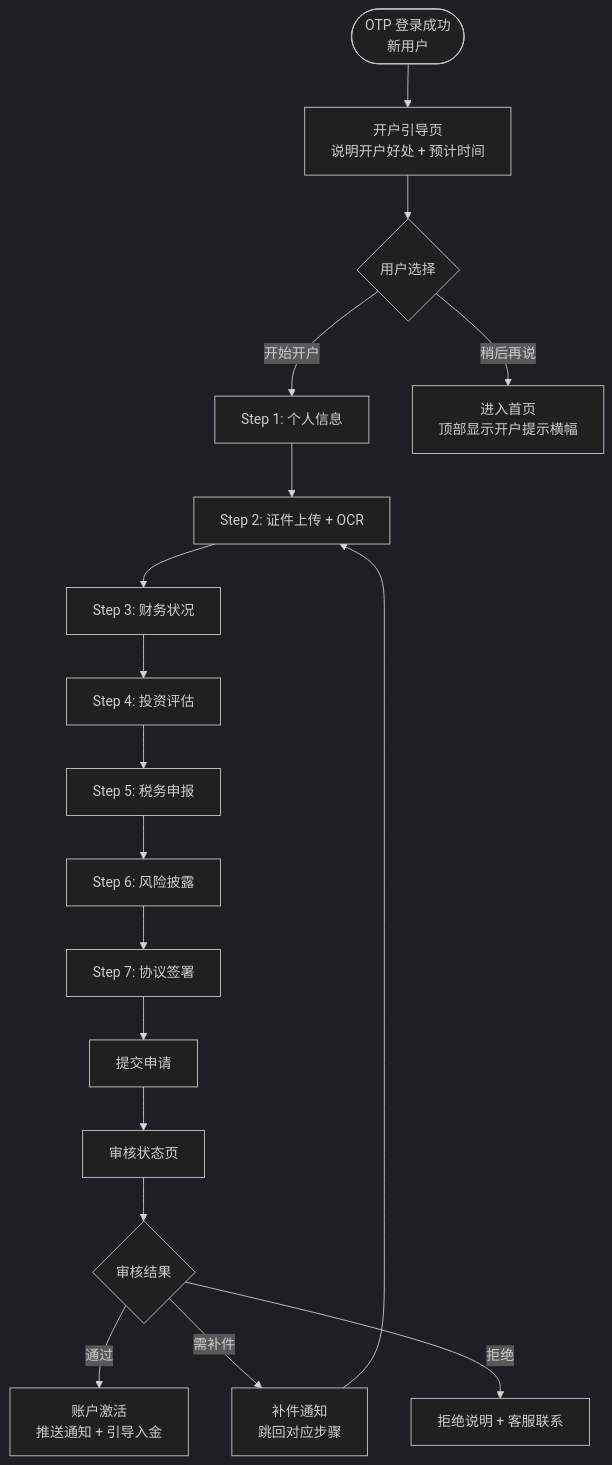
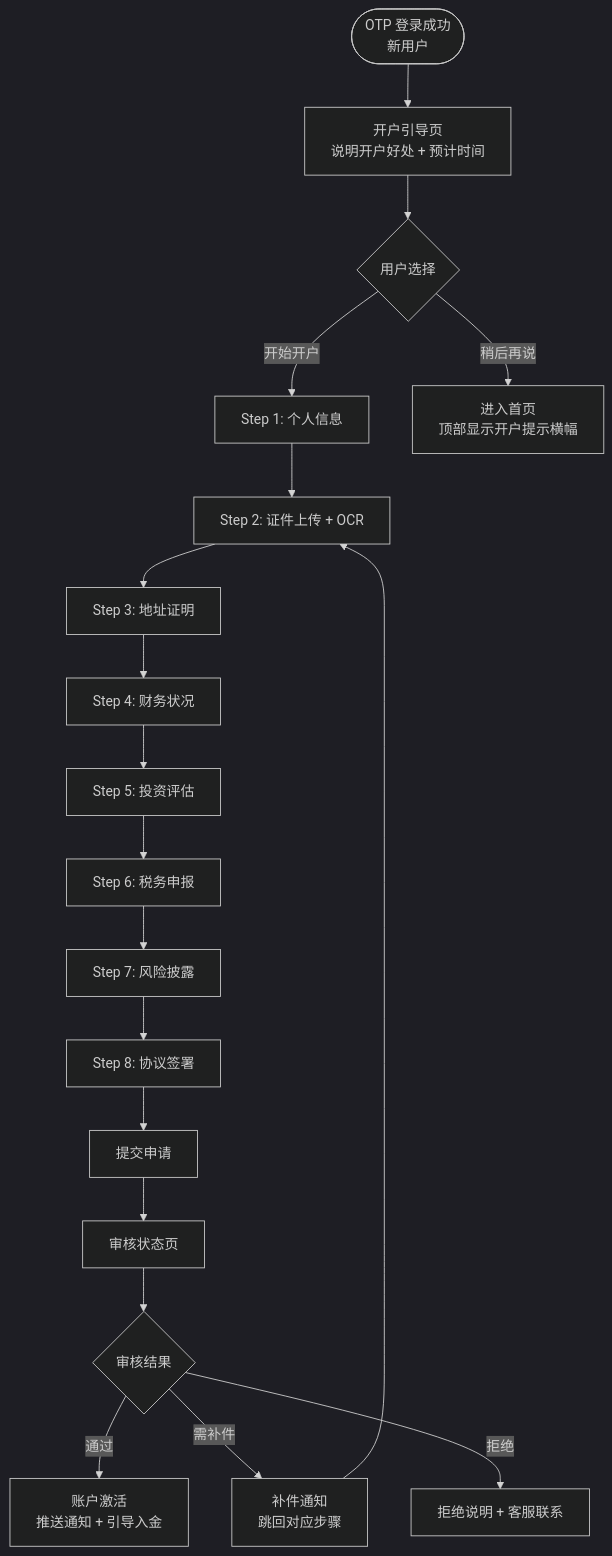
One commit to hxiaodon/ai-broker changed the first of 4 diagrams in mobile/docs/prd/02-kyc.md. Above: the diagram before and after it, drawn with Mermaid (dark theme). The commit also changed other lines of this file and 39 other files, not shown here.

````diff
--- a/mobile/docs/prd/02-kyc.md
+++ b/mobile/docs/prd/02-kyc.md
@@ -93,23 +94,24 @@
 ```mermaid
 flowchart TD
     A([OTP 登录成功\n新用户]) --> B[开户引导页\n说明开户好处 + 预计时间]
     B --> C{用户选择}
     C -->|开始开户| D[Step 1: 个人信息]
     C -->|稍后再说| E[进入首页\n顶部显示开户提示横幅]
 
     D --> F[Step 2: 证件上传 + OCR]
-    F --> G[Step 3: 财务状况]
-    G --> H[Step 4: 投资评估]
-    H --> I[Step 5: 税务申报]
-    I --> J[Step 6: 风险披露]
-    J --> K[Step 7: 协议签署]
+    F --> F2[Step 3: 地址证明]
+    F2 --> G[Step 4: 财务状况]
+    G --> H[Step 5: 投资评估]
+    H --> I[Step 6: 税务申报]
+    I --> J[Step 7: 风险披露]
+    J --> K[Step 8: 协议签署]
     K --> L[提交申请]
     L --> M[审核状态页]
 
     M --> N{审核结果}
     N -->|通过| O[账户激活\n推送通知 + 引导入金]
     N -->|需补件| P[补件通知\n跳回对应步骤]
     N -->|拒绝| Q[拒绝说明 + 客服联系]
 
     P --> F
 ```
````
